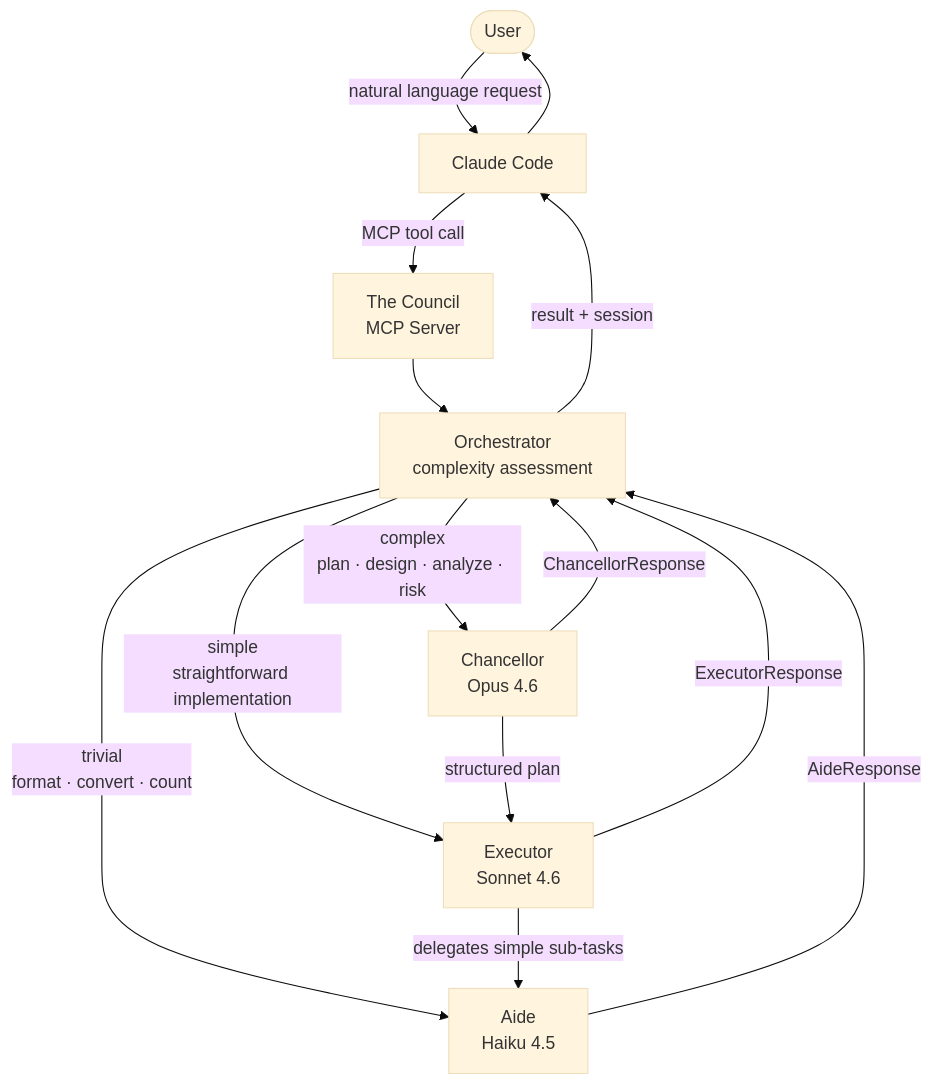
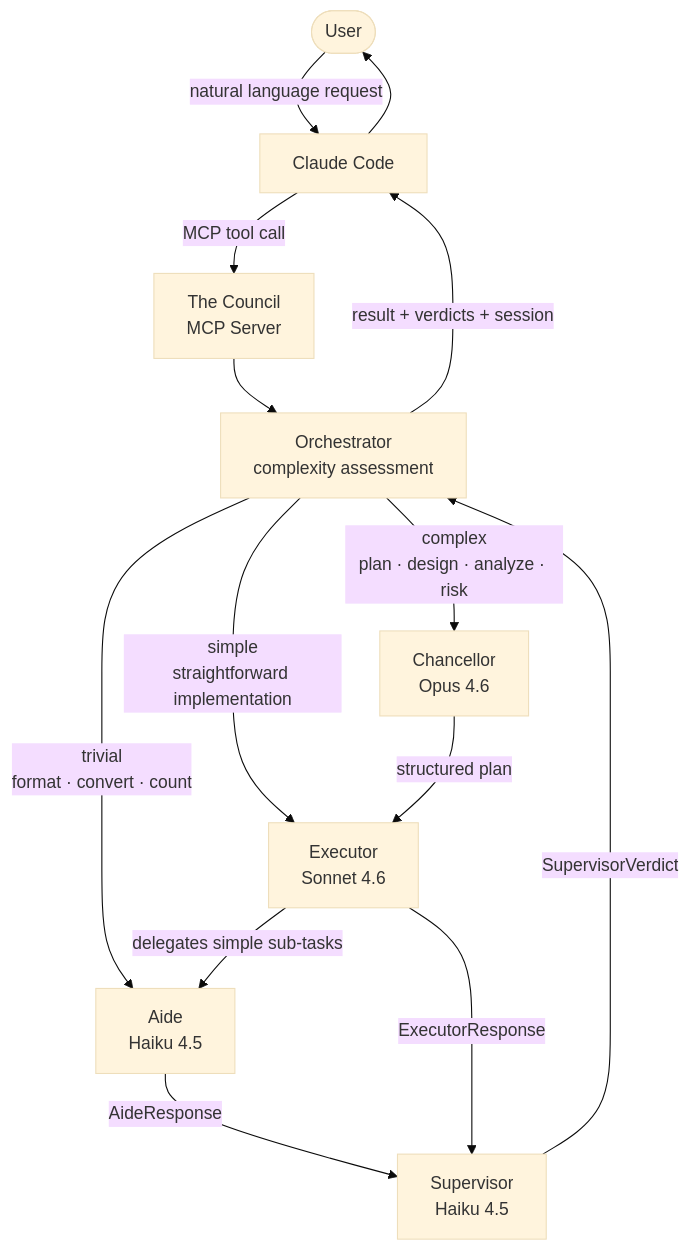
One commit to iamvirul/the-council changed the first of 3 diagrams in README.md. Above: the diagram before and after it, drawn with Mermaid (base theme). The commit also changed other lines of this file, not shown here.

Commit message:
docs: update README for 0.2.0 with Supervisor agent

````diff
--- a/README.md
+++ b/README.md
@@ -18,20 +18,20 @@
 ```mermaid
 flowchart TD
     U([User]) -->|natural language request| CC[Claude Code]
     CC -->|MCP tool call| MCP[The Council\nMCP Server]
     MCP --> ORC[Orchestrator\ncomplexity assessment]
 
     ORC -->|trivial\nformat · convert · count| A[Aide\nHaiku 4.5]
     ORC -->|simple\nstraightforward implementation| E[Executor\nSonnet 4.6]
     ORC -->|complex\nplan · design · analyze · risk| CH[Chancellor\nOpus 4.6]
 
     CH -->|structured plan| E
     E -->|delegates simple sub-tasks| A
 
-    A -->|AideResponse| ORC
-    E -->|ExecutorResponse| ORC
-    CH -->|ChancellorResponse| ORC
+    A -->|AideResponse| SV[Supervisor\nHaiku 4.5]
+    E -->|ExecutorResponse| SV
+    SV -->|SupervisorVerdict| ORC
 
-    ORC -->|result + session| CC
+    ORC -->|result + verdicts + session| CC
     CC --> U
 ```
````
